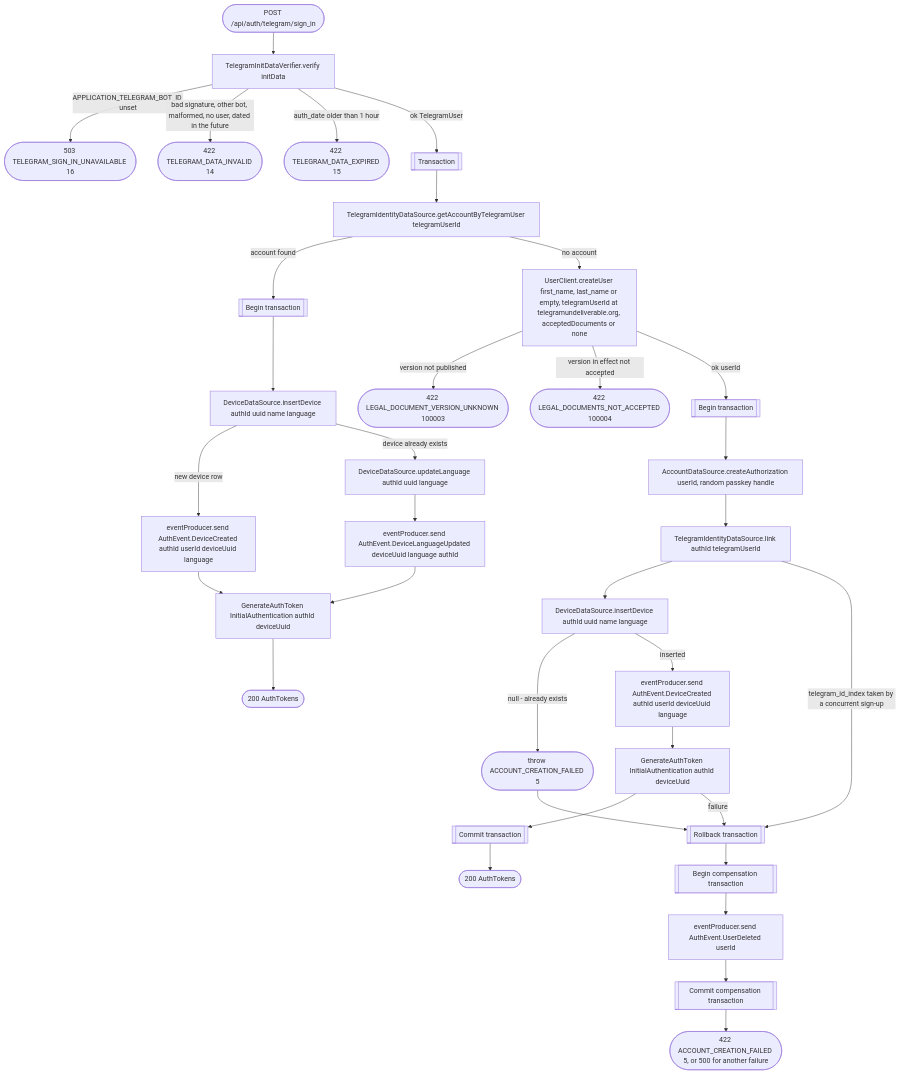
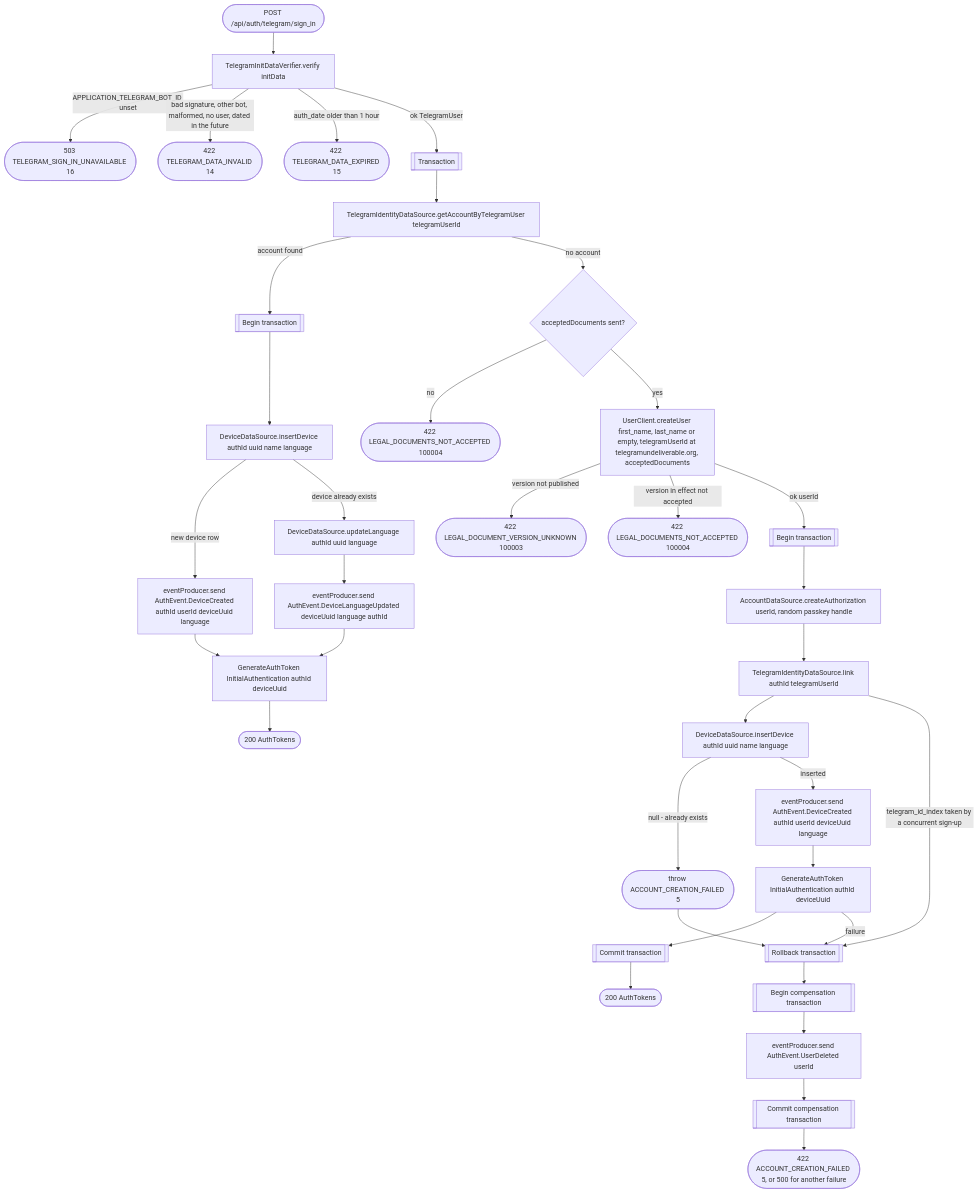
The diagram in docs/operations/authorization/telegram-sign-in.md (nocturneproperties/bookkme), drawn with Mermaid before and after one commit. The commit also changed 7 other files, not shown here.

Commit message:
[ISSUE-163] do not create account if documents are not accepted

````diff
--- a/docs/operations/authorization/telegram-sign-in.md
+++ b/docs/operations/authorization/telegram-sign-in.md
@@ -12,34 +12,36 @@
 ```mermaid
 flowchart TD
     Start([POST /api/auth/telegram/sign_in]) --> Verify[TelegramInitDataVerifier.verify initData]
     Verify -- APPLICATION_TELEGRAM_BOT_ID unset --> R503([503 TELEGRAM_SIGN_IN_UNAVAILABLE 16])
     Verify -- bad signature, other bot, malformed, no user, dated in the future --> R422a([422 TELEGRAM_DATA_INVALID 14])
     Verify -- auth_date older than 1 hour --> R422b([422 TELEGRAM_DATA_EXPIRED 15])
     Verify -- ok TelegramUser --> Find[[Transaction]] --> Lookup[TelegramIdentityDataSource.getAccountByTelegramUser telegramUserId]
     Lookup -- account found --> STx[[Begin transaction]]
     STx --> InsertDevice[DeviceDataSource.insertDevice authId uuid name language]
     InsertDevice -- new device row --> DeviceCreatedEvt[eventProducer.send AuthEvent.DeviceCreated authId userId deviceUuid language]
     InsertDevice -- device already exists --> UpdateLang[DeviceDataSource.updateLanguage authId uuid language]
     UpdateLang --> LangEvt[eventProducer.send AuthEvent.DeviceLanguageUpdated deviceUuid language authId]
     DeviceCreatedEvt --> GenToken[GenerateAuthToken InitialAuthentication authId deviceUuid]
     LangEvt --> GenToken
     GenToken --> R200a([200 AuthTokens])
-    Lookup -- no account --> CreateUser[UserClient.createUser first_name, last_name or empty, telegramUserId at telegramundeliverable.org, acceptedDocuments or none]
+    Lookup -- no account --> Docs{acceptedDocuments sent?}
+    Docs -- no --> R422f([422 LEGAL_DOCUMENTS_NOT_ACCEPTED 100004])
+    Docs -- yes --> CreateUser[UserClient.createUser first_name, last_name or empty, telegramUserId at telegramundeliverable.org, acceptedDocuments]
     CreateUser -- version not published --> R422c([422 LEGAL_DOCUMENT_VERSION_UNKNOWN 100003])
     CreateUser -- version in effect not accepted --> R422d([422 LEGAL_DOCUMENTS_NOT_ACCEPTED 100004])
     CreateUser -- ok userId --> Tx[[Begin transaction]]
     Tx --> CreateAuth[AccountDataSource.createAuthorization userId, random passkey handle]
     CreateAuth --> Link[TelegramIdentityDataSource.link authId telegramUserId]
     Link --> NewDevice[DeviceDataSource.insertDevice authId uuid name language]
     NewDevice -- null - already exists --> Fail([throw ACCOUNT_CREATION_FAILED 5])
     NewDevice -- inserted --> NewDeviceEvt[eventProducer.send AuthEvent.DeviceCreated authId userId deviceUuid language]
     NewDeviceEvt --> NewToken[GenerateAuthToken InitialAuthentication authId deviceUuid]
     NewToken --> TxEnd[[Commit transaction]] --> R200b([200 AuthTokens])
     Link -- telegram_id_index taken by a concurrent sign-up --> Rollback
     NewToken -- failure --> Rollback
     Fail --> Rollback[[Rollback transaction]]
     Rollback --> CompTx[[Begin compensation transaction]]
     CompTx --> Compensate[eventProducer.send AuthEvent.UserDeleted userId]
     Compensate --> CompEnd[[Commit compensation transaction]]
     CompEnd --> R422e([422 ACCOUNT_CREATION_FAILED 5, or 500 for another failure])
 ```
````
